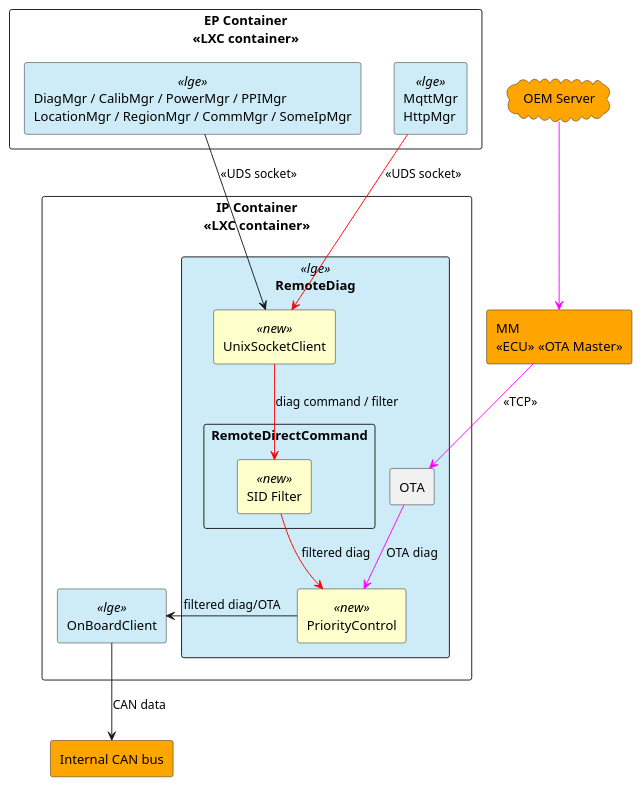
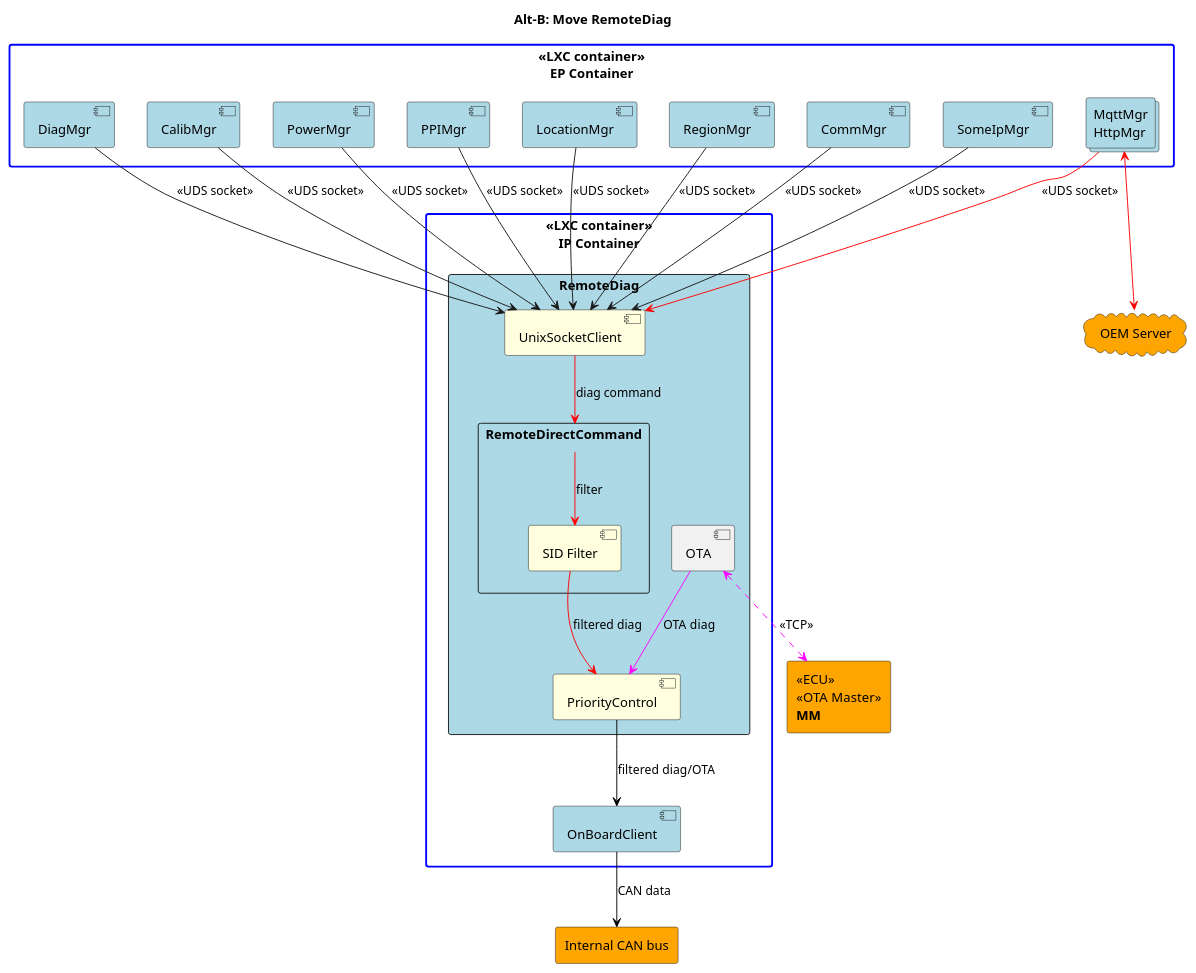
Before and after one commit to btqt/fe: the fifth of 8 diagrams in design/FE_phi.vu_Design of Secure Remote Diag on Container Separation Architecture_3rd.md, drawn with PlantUML. The commit also changed other lines of this file and 3 other files, not shown here.

````diff
--- a/design/FE_phi.vu_Design of Secure Remote Diag on Container Separation Architecture_3rd.md
+++ b/design/FE_phi.vu_Design of Secure Remote Diag on Container Separation Architecture_3rd.md
@@ -262,42 +313,53 @@
 ```plantuml
-@startuml
-skinparam componentStyle uml2
-skinparam rectangle {
-  BackgroundColor<<lge>> #CDECF7
-  BackgroundColor<<new>> #FFFFCC
-  BackgroundColor<<ext>> #FFA500
+@startuml alt_b_move
+title Alt-B: Move RemoteDiag
+
+cloud "OEM Server" as OEM #Orange
+rectangle "<<ECU>>\n<<OTA Master>>\n**MM**" as MM #Orange
+rectangle "Internal CAN bus" as CAN #Orange
+
+rectangle "<<LXC container>>\n**EP Container**" as EP #line:Blue;line.bold {
+    component "DiagMgr" as DIAG #LightBlue
+    component "CalibMgr" as CALIB #LightBlue
+    component "PowerMgr" as PWR #LightBlue
+    component "PPIMgr" as PPI #LightBlue
+    component "LocationMgr" as LOC #LightBlue
+    component "RegionMgr" as REG #LightBlue
+    component "CommMgr" as CMM #LightBlue
+    component "SomeIpMgr" as SOME #LightBlue
+    collections "MqttMgr\nHttpMgr" as COMM #LightBlue
 }
 
-cloud "OEM Server" as OEM #FFA500
-
-rectangle "EP Container\n<<LXC container>>" {
-  rectangle "DiagMgr / CalibMgr / PowerMgr / PPIMgr\nLocationMgr / RegionMgr / CommMgr / SomeIpMgr" as MGRS <<lge>>
-  rectangle "MqttMgr\nHttpMgr" as MQTT <<lge>>
+rectangle "<<LXC container>>\n**IP Container**" as IP #line:Blue;line.bold {
+    rectangle "**RemoteDiag**" as RDG #LightBlue {
+        component "UnixSocketClient" as USC #LightYellow
+        component "OTA" as OTA
+        rectangle "RemoteDirectCommand" as RDC {
+            component "SID Filter" as SID #LightYellow
+        }
+        component "PriorityControl" as PRIO #LightYellow
+    }
+    component "OnBoardClient" as OBC #LightBlue
 }
 
-rectangle "IP Container\n<<LXC container>>" {
-  rectangle "RemoteDiag" <<lge>> {
-    rectangle "UnixSocketClient" as USC <<new>>
-    rectangle "RemoteDirectCommand" as RDC {
-      rectangle "SID Filter" as SID <<new>>
-    }
-    rectangle "OTA" as OTA
-    rectangle "PriorityControl" as PRIO <<new>>
-  }
-  rectangle "OnBoardClient" as OBC <<lge>>
-}
+' Mỗi EP module cần một UDS socket riêng xuyên container
+DIAG --> USC : <<UDS socket>>
+CALIB --> USC : <<UDS socket>>
+PWR --> USC : <<UDS socket>>
+PPI --> USC : <<UDS socket>>
+LOC --> USC : <<UDS socket>>
+REG --> USC : <<UDS socket>>
+CMM --> USC : <<UDS socket>>
+SOME --> USC : <<UDS socket>>
+COMM -[#red]-> USC : <<UDS socket>>
+COMM <-[#red]-> OEM
 
-rectangle "MM\n<<ECU>> <<OTA Master>>" as MM #FFA500
-rectangle "Internal CAN bus" as CAN #FFA500
-
-MGRS -> USC : <<UDS socket>>
-MQTT -[#red]-> USC : <<UDS socket>>
-USC -[#red]-> SID : diag command / filter
+USC -[#red]-> RDC : diag command
+RDC -[#red]-> SID : filter
 SID -[#red]-> PRIO : filtered diag
+OTA <-[#magenta,dashed]-> MM : <<TCP>>
 OTA -[#magenta]-> PRIO : OTA diag
-PRIO -> OBC : filtered diag/OTA
-OEM -[#magenta]-> MM
-MM -[#magenta]-> OTA : <<TCP>>
-OBC --> CAN : CAN data
+PRIO -[#black]-> OBC : filtered diag/OTA
+OBC -[#black]-> CAN : CAN data
 @enduml
 ```
````
